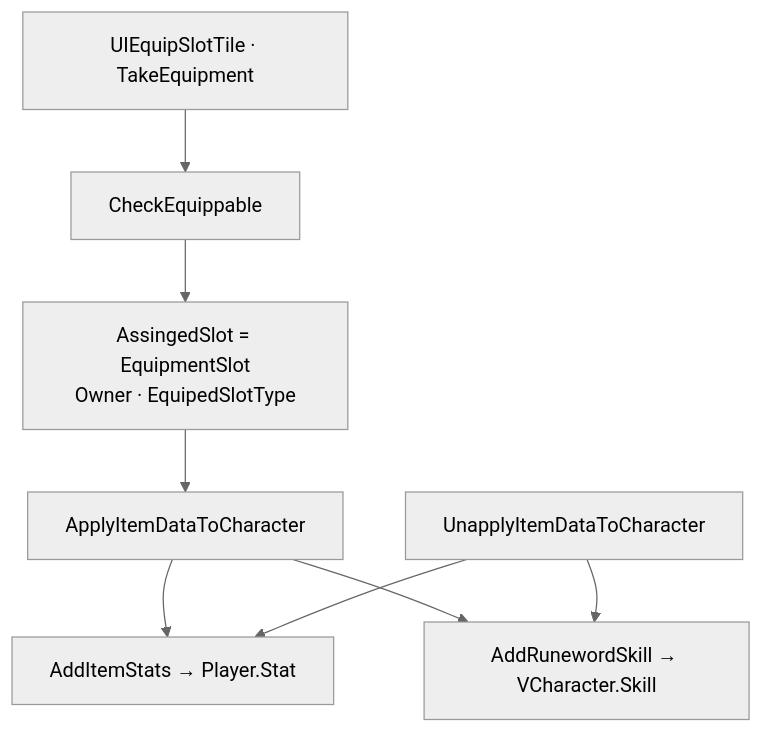
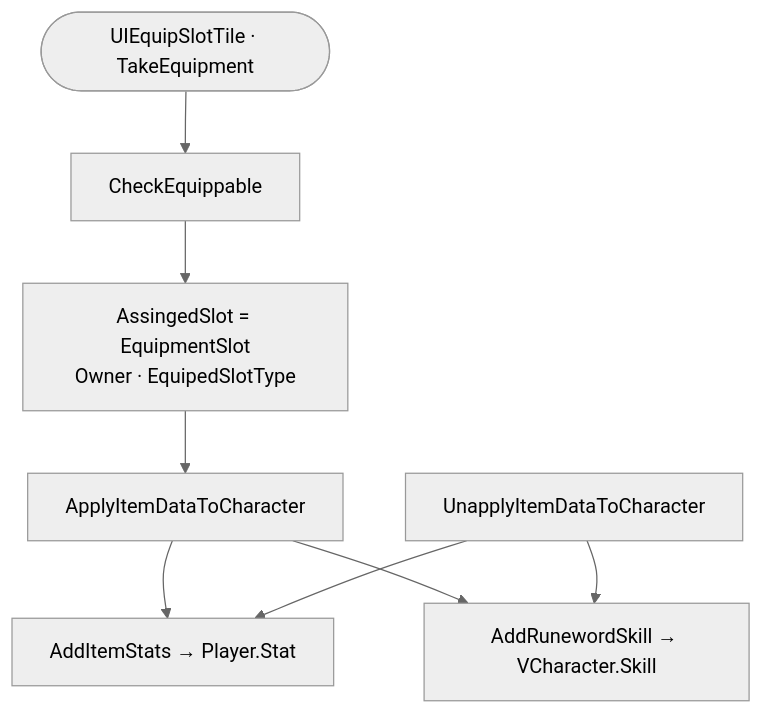
One commit to monet5379/monet5379.github.io changed the diagram in notes/dragon-inventory-equip.md. Above: the diagram before and after it, drawn with Mermaid (neutral theme). The commit also changed 8 other files, not shown here.

Commit message:
fix(notes): dragon monster·relic·inventory Mermaid visual

````diff
--- a/notes/dragon-inventory-equip.md
+++ b/notes/dragon-inventory-equip.md
@@ -48,10 +48,11 @@
 ```mermaid
 flowchart TD
-  U["UIEquipSlotTile · TakeEquipment"] --> C["CheckEquippable"]
+  U(["UIEquipSlotTile · TakeEquipment"])
+  U --> C["CheckEquippable"]
   C --> S["AssingedSlot = EquipmentSlot<br/>Owner · EquipedSlotType"]
   S --> A["ApplyItemDataToCharacter"]
   A --> ST["AddItemStats → Player.Stat"]
   A --> SK["AddRunewordSkill → VCharacter.Skill"]
   X["UnapplyItemDataToCharacter"] --> ST
   X --> SK
 ```
````
